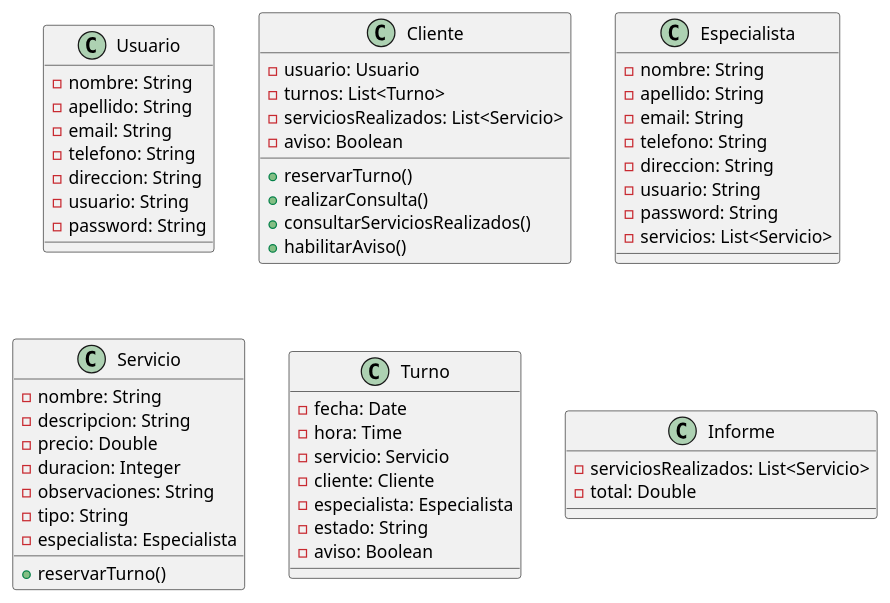
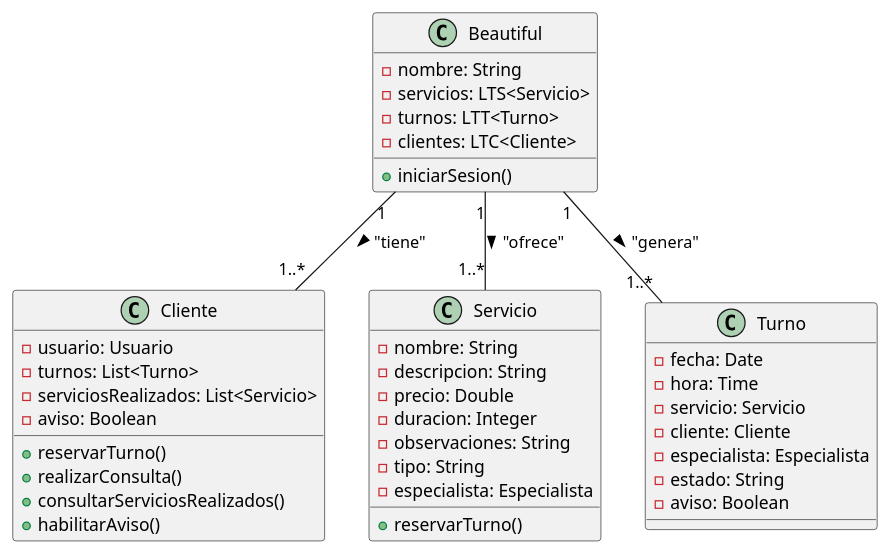
Before and after one commit to Z0SO/UML-Practice: the second of 2 diagrams in Modelos parciales/parciales.md, drawn with PlantUML. The commit also changed 1 other file, not shown here.

Commit message:
bkp -> 2024-07-03 01:47:05

````diff
--- a/Modelos parciales/parciales.md
+++ b/Modelos parciales/parciales.md
@@ -91,71 +91,64 @@
 ```plantuml
+
+' diagrama de clases pertenecientes al caso de uso "Reservar Servicio"
 
 @startuml
 
-class Usuario {
+class "Beautiful" as sistema {
     - nombre: String
-    - apellido: String
-    - email: String
-    - telefono: String
-    - direccion: String
-    - usuario: String
-    - password: String
+    - servicios: LTS<Servicio>
+    - turnos: LTT<Turno>
+    - clientes: LTC<Cliente>
+
+    + iniciarSesion()
 }
 
-class Cliente {
+
+class "Cliente" as cliente {
     - usuario: Usuario
     - turnos: List<Turno>
     - serviciosRealizados: List<Servicio>
     - aviso: Boolean
 
     + reservarTurno()
     + realizarConsulta()
     + consultarServiciosRealizados()
     + habilitarAviso()
 }
 
-class Especialista {
-    - nombre: String
-    - apellido: String
-    - email: String
-    - telefono: String
-    - direccion: String
-    - usuario: String
-    - password: String
-    - servicios: List<Servicio>
-}
 
-class Servicio {
+class "Servicio" as servicio {
     - nombre: String
     - descripcion: String
     - precio: Double
     - duracion: Integer
     - observaciones: String
     - tipo: String
     - especialista: Especialista
  
     + reservarTurno()
 }
 
-class Turno {
+class "Turno" as turno {
     - fecha: Date
     - hora: Time
     - servicio: Servicio
     - cliente: Cliente
     - especialista: Especialista
     - estado: String
     - aviso: Boolean
 }
 
-class Informe {
-    - serviciosRealizados: List<Servicio>
-    - total: Double
-}
 
+sistema "1" -- "1..*" cliente: > "tiene"
+
+sistema "1" -- "1..*" servicio: > "ofrece"
+
+sistema "1" -- "1..*" turno: > "genera"
 
 
 
 
 @enduml
 
 ```
````
